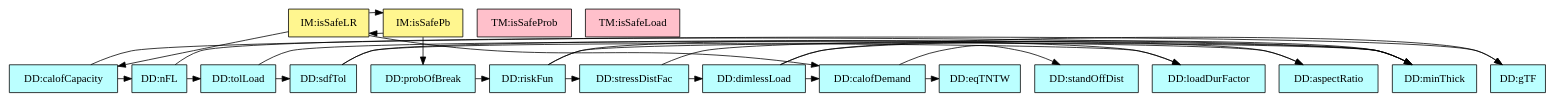
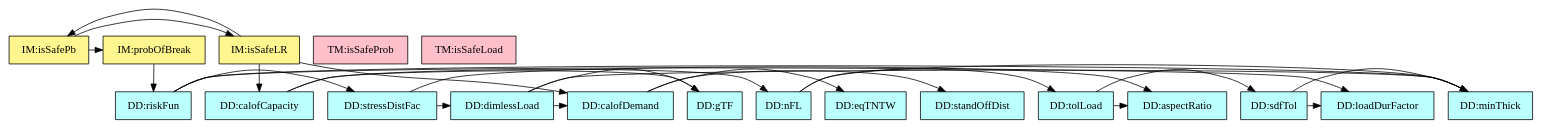
One commit to JacquesCarette/Drasil changed the diagram in code/stable/glassbr/TraceyGraph/refvsref.dot. Above: the diagram before and after it, drawn with Graphviz. The commit also changed 22 other files, not shown here.

```diff
--- a/code/stable/glassbr/TraceyGraph/refvsref.dot
+++ b/code/stable/glassbr/TraceyGraph/refvsref.dot
@@ -1,65 +1,65 @@
 digraph refvsref {
 	riskFun -> minThick;
 	riskFun -> loadDurFactor;
 	riskFun -> stressDistFac;
 	stressDistFac -> dimlessLoad;
 	stressDistFac -> aR;
 	nFL -> minThick;
 	nFL -> tolLoad;
 	dimlessLoad -> minThick;
 	dimlessLoad -> glassTypeFac;
 	dimlessLoad -> demandq;
 	tolLoad -> sdfTol;
 	tolLoad -> aR;
 	sdfTol -> minThick;
 	sdfTol -> loadDurFactor;
-	probBr -> riskFun;
 	lResistance -> nFL;
 	lResistance -> glassTypeFac;
 	demandq -> stdOffDist;
 	demandq -> eqTNTChar;
+	probBr -> riskFun;
 	isSafePb -> probBr;
 	isSafePb -> isSafeLR;
 	isSafeLR -> lResistance;
 	isSafeLR -> demandq;
 	isSafeLR -> isSafePb;
 
 
 	riskFun	[shape=box, color=black, style=filled, fillcolor=paleturquoise1, label="DD:riskFun"];
 	minThick	[shape=box, color=black, style=filled, fillcolor=paleturquoise1, label="DD:minThick"];
 	loadDurFactor	[shape=box, color=black, style=filled, fillcolor=paleturquoise1, label="DD:loadDurFactor"];
 	stressDistFac	[shape=box, color=black, style=filled, fillcolor=paleturquoise1, label="DD:stressDistFac"];
 	nFL	[shape=box, color=black, style=filled, fillcolor=paleturquoise1, label="DD:nFL"];
 	glassTypeFac	[shape=box, color=black, style=filled, fillcolor=paleturquoise1, label="DD:gTF"];
 	dimlessLoad	[shape=box, color=black, style=filled, fillcolor=paleturquoise1, label="DD:dimlessLoad"];
 	tolLoad	[shape=box, color=black, style=filled, fillcolor=paleturquoise1, label="DD:tolLoad"];
 	sdfTol	[shape=box, color=black, style=filled, fillcolor=paleturquoise1, label="DD:sdfTol"];
 	stdOffDist	[shape=box, color=black, style=filled, fillcolor=paleturquoise1, label="DD:standOffDist"];
 	aR	[shape=box, color=black, style=filled, fillcolor=paleturquoise1, label="DD:aspectRatio"];
 	eqTNTChar	[shape=box, color=black, style=filled, fillcolor=paleturquoise1, label="DD:eqTNTW"];
-	probBr	[shape=box, color=black, style=filled, fillcolor=paleturquoise1, label="DD:probOfBreak"];
 	lResistance	[shape=box, color=black, style=filled, fillcolor=paleturquoise1, label="DD:calofCapacity"];
 	demandq	[shape=box, color=black, style=filled, fillcolor=paleturquoise1, label="DD:calofDemand"];
 
 	subgraph DD {
 	rank="same"
-	{riskFun, minThick, loadDurFactor, stressDistFac, nFL, glassTypeFac, dimlessLoad, tolLoad, sdfTol, stdOffDist, aR, eqTNTChar, probBr, lResistance, demandq}
+	{riskFun, minThick, loadDurFactor, stressDistFac, nFL, glassTypeFac, dimlessLoad, tolLoad, sdfTol, stdOffDist, aR, eqTNTChar, lResistance, demandq}
 	}
 
 	isSafeProb	[shape=box, color=black, style=filled, fillcolor=pink, label="TM:isSafeProb"];
 	isSafeLoad	[shape=box, color=black, style=filled, fillcolor=pink, label="TM:isSafeLoad"];
 
 	subgraph TM {
 	rank="same"
 	{isSafeProb, isSafeLoad}
 	}
 
+	probBr	[shape=box, color=black, style=filled, fillcolor=khaki1, label="IM:probOfBreak"];
 	isSafePb	[shape=box, color=black, style=filled, fillcolor=khaki1, label="IM:isSafePb"];
 	isSafeLR	[shape=box, color=black, style=filled, fillcolor=khaki1, label="IM:isSafeLR"];
 
 	subgraph IM {
 	rank="same"
-	{isSafePb, isSafeLR}
+	{probBr, isSafePb, isSafeLR}
 	}
 
 }
```
